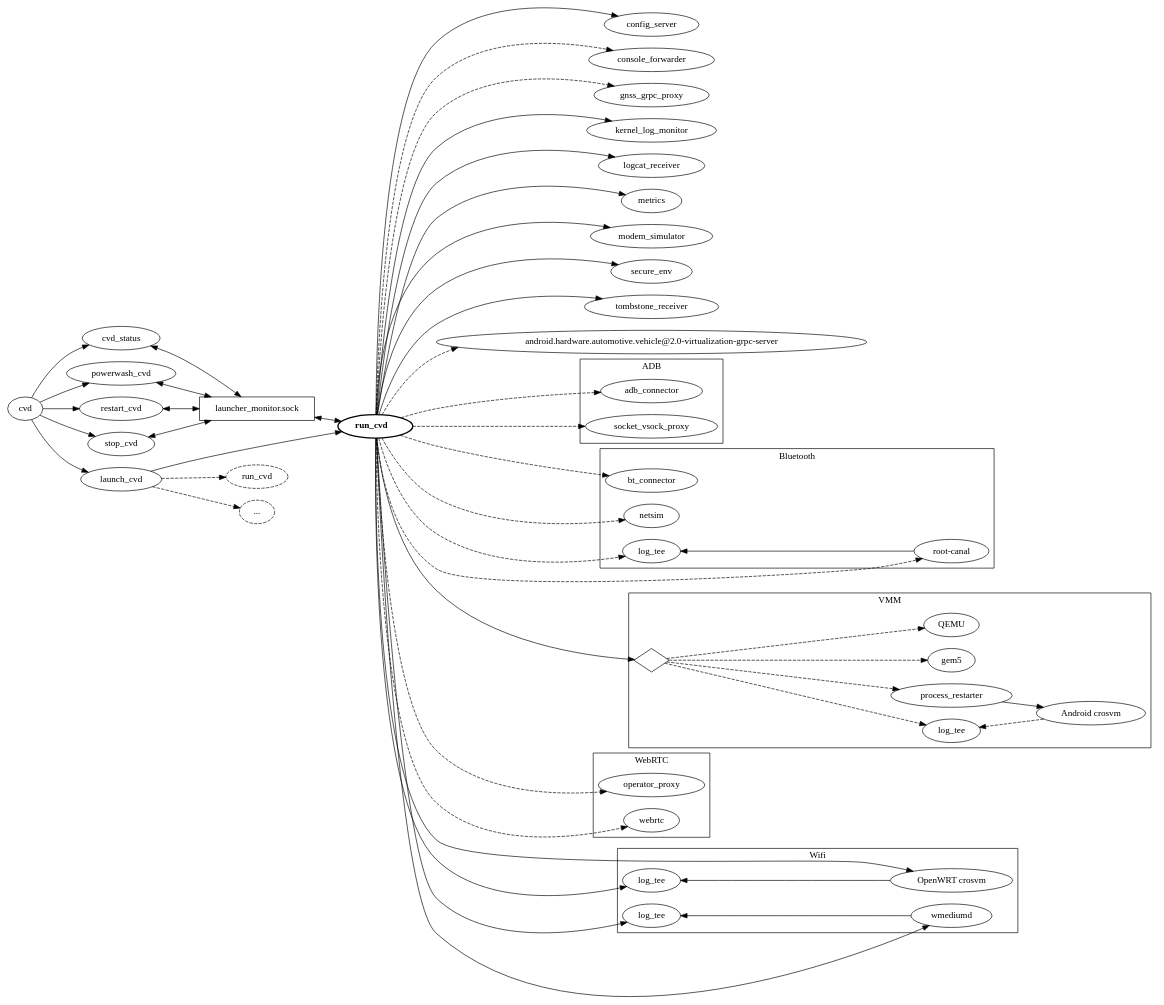
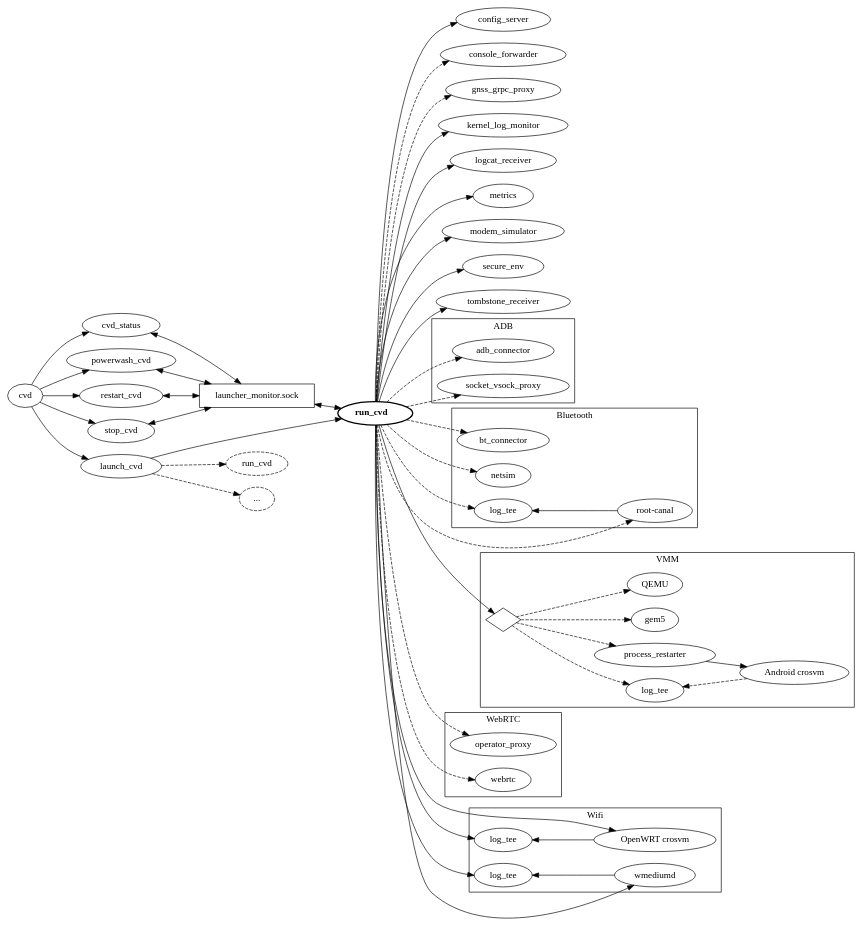
The diagram in host/commands/run_cvd/doc/linkage.dot (google/android-cuttlefish), drawn with Graphviz before and after one commit. The commit also changed 18 other files, not shown here.

```diff
--- a/host/commands/run_cvd/doc/linkage.dot
+++ b/host/commands/run_cvd/doc/linkage.dot
@@ -1,117 +1,115 @@
 digraph {
   rankdir = "LR";
 
   config_server
   console_forwarder
   cvd
   cvd_status
   gnss_grpc_proxy
   kernel_log_monitor
   launch_cvd
   launcher_monitor_socket [label = "launcher_monitor.sock", shape = "rectangle"]
   logcat_receiver
   metrics
   modem_simulator
   powerwash_cvd
   restart_cvd
   run_cvd [label = < <b>run_cvd</b> >, penwidth = "2"]
   run_cvd_2 [label = "run_cvd", style = "dashed"]
   run_cvd_etc [label = "...", style = "dashed"]
   secure_env
   stop_cvd
   tombstone_receiver
-  vehicle_hal_server [label = "android.hardware.automotive.vehicle@2.0-virtualization-grpc-server"]
 
   subgraph cluster_adb_group {
     label = "ADB"
 
     adb_connector
     socket_vsock_proxy
   }
 
   subgraph cluster_bluetooth_group {
     label = "Bluetooth"
 
     bt_connector
     netsim
     root_canal [label = "root-canal"]
     root_canal_log_tee [label = "log_tee"]
   }
 
   subgraph cluster_vmm_group {
     label = "VMM"
 
     crosvm_android [label = "Android crosvm"]
     crosvm_android_log_tee [label = "log_tee"]
     crosvm_android_restarter [label = "process_restarter"]
     gem5
     qemu [label = "QEMU"]
     vmm [label = "", shape = "diamond"]
   }
 
   subgraph cluster_webrtc_group {
     label = "WebRTC"
 
     operator_proxy
     webrtc
   }
 
   subgraph cluster_wifi_group {
     label = "Wifi"
 
     crosvm_openwrt [label = "OpenWRT crosvm"]
     crosvm_openwrt_log_tee [label = "log_tee"]
     wmediumd
     wmediumd_log_tee [label = "log_tee"]
   }
 
   cvd -> cvd_status
   cvd -> launch_cvd
   cvd -> powerwash_cvd
   cvd -> restart_cvd
   cvd -> stop_cvd
 
   launch_cvd -> run_cvd
   launch_cvd -> run_cvd_2 [style = "dashed"]
   launch_cvd -> run_cvd_etc [style = "dashed"]
 
   cvd_status -> launcher_monitor_socket [dir = "both"]
   powerwash_cvd -> launcher_monitor_socket [dir = "both"]
   restart_cvd -> launcher_monitor_socket [dir = "both"]
   stop_cvd -> launcher_monitor_socket [dir = "both"]
   launcher_monitor_socket -> run_cvd [dir = "both"]
 
   run_cvd -> adb_connector [style = "dashed"]
   run_cvd -> bt_connector [style = "dashed"]
   run_cvd -> config_server
   run_cvd -> console_forwarder [style = "dashed"]
   run_cvd -> crosvm_openwrt
   run_cvd -> crosvm_openwrt_log_tee
   crosvm_openwrt_log_tee -> crosvm_openwrt [dir = "back"]
   run_cvd -> gnss_grpc_proxy [style = "dashed"]
   run_cvd -> kernel_log_monitor
   run_cvd -> logcat_receiver
   run_cvd -> metrics
   run_cvd -> modem_simulator
   run_cvd -> netsim [style = "dashed"]
   run_cvd -> operator_proxy [style = "dashed"]
   run_cvd -> root_canal [style = "dashed"]
   run_cvd -> root_canal_log_tee [style = "dashed"]
   root_canal_log_tee -> root_canal [dir = "back"]
   run_cvd -> secure_env
   run_cvd -> socket_vsock_proxy [style = "dashed"]
   run_cvd -> tombstone_receiver
-  run_cvd -> vehicle_hal_server [style = "dashed"]
   run_cvd -> vmm
   run_cvd -> webrtc [style = "dashed"]
   run_cvd -> wmediumd
   run_cvd -> wmediumd_log_tee
   wmediumd_log_tee -> wmediumd [dir = "back"]
 
   crosvm_android_log_tee -> crosvm_android [dir = "back", style = "dashed"]
   vmm -> crosvm_android_restarter [style = "dashed"]
   crosvm_android_restarter -> crosvm_android
   vmm -> crosvm_android_log_tee [style = "dashed"]
   vmm -> gem5 [style = "dashed"]
   vmm -> qemu [style = "dashed"]
 }
```
